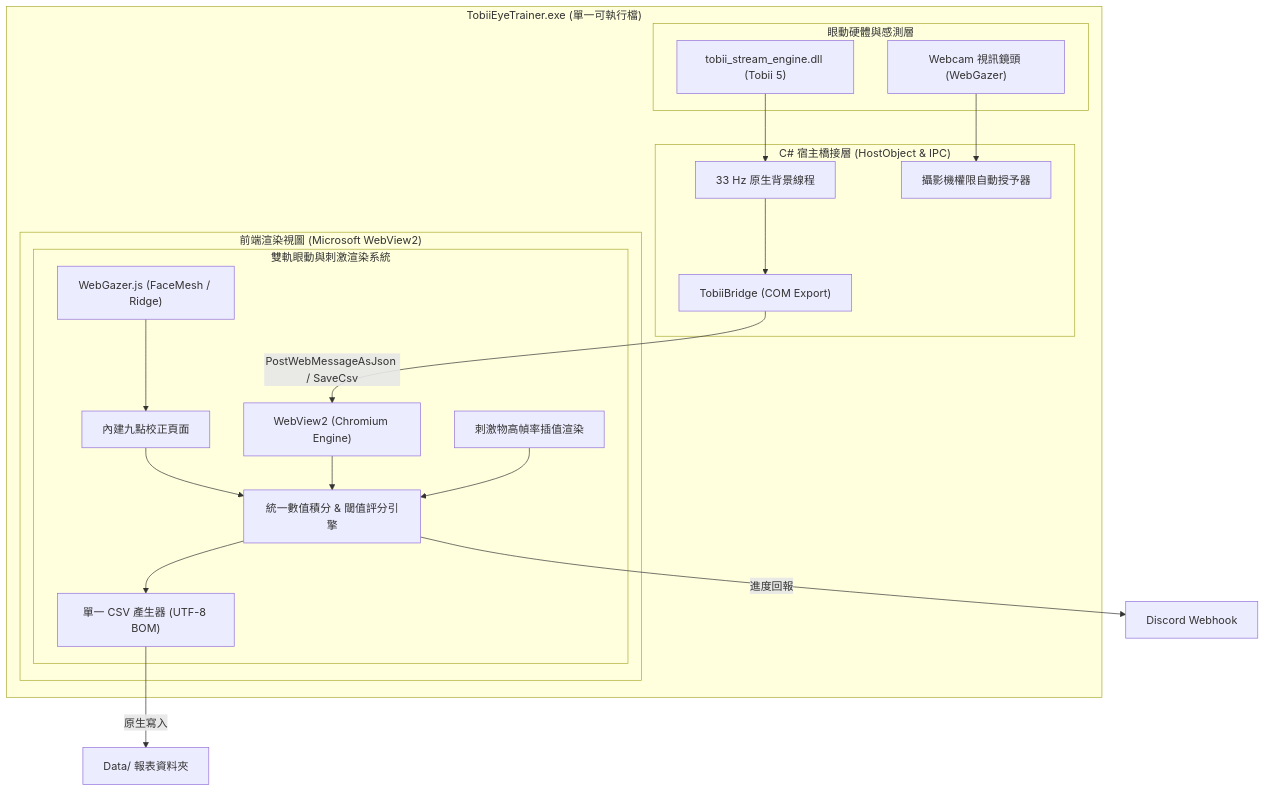
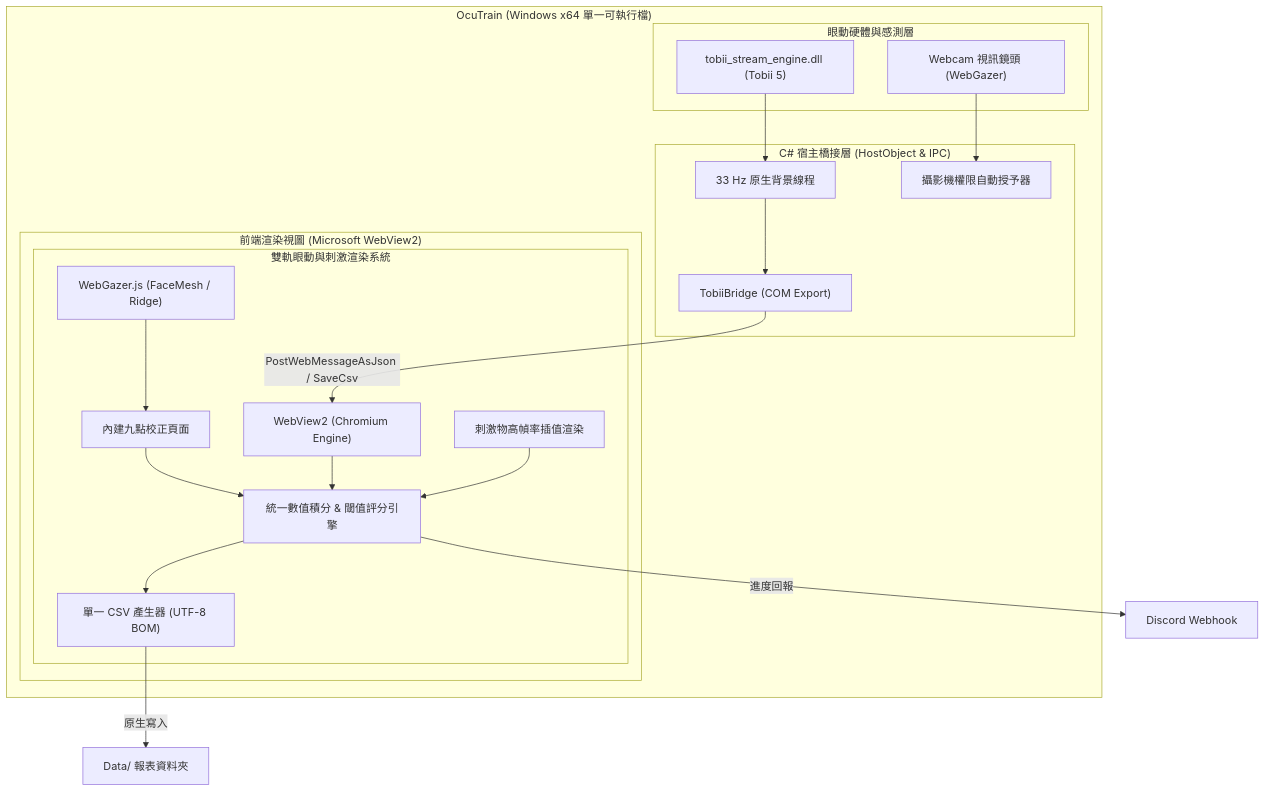
The diagram in PRD_TRD_眼動訓練系統.md (ian030590/OcuTrain), drawn with Mermaid before and after one commit. The commit also changed other lines of this file and 3 other files, not shown here.

Commit message:
build: name OcuTrain release executables

````diff
--- a/PRD_TRD_眼動訓練系統.md
+++ b/PRD_TRD_眼動訓練系統.md
@@ -220,38 +220,38 @@
 ```mermaid
 flowchart TD
-    subgraph HostApp ["TobiiEyeTrainer.exe (單一可執行檔)"]
+    subgraph HostApp ["OcuTrain (Windows x64 單一可執行檔)"]
         subgraph HardwareDrivers ["眼動硬體與感測層"]
             TobiiDLL["tobii_stream_engine.dll (Tobii 5)"]
             CameraFeed["Webcam 視訊鏡頭 (WebGazer)"]
         end
 
         subgraph BridgeLayer ["C# 宿主橋接層 (HostObject & IPC)"]
             NativeWorker["33 Hz 原生背景線程"]
             HostBridge["TobiiBridge (COM Export)"]
             PermManager["攝影機權限自動授予器"]
             
             TobiiDLL --> NativeWorker --> HostBridge
             CameraFeed --> PermManager
         end
 
         subgraph ViewLayer ["前端渲染視圖 (Microsoft WebView2)"]
             WebView["WebView2 (Chromium Engine)"]
             HostBridge -->|PostWebMessageAsJson / SaveCsv| WebView
             
             subgraph DualGazeEngine ["雙軌眼動與刺激渲染系統"]
                 WebGazerScript["WebGazer.js (FaceMesh / Ridge)"]
                 NinePointCalib["內建九點校正頁面"]
                 StimEngine["刺激物高幀率插值渲染"]
                 UnifiedScoring["統一數值積分 & 閾值評分引擎"]
                 UnifiedCSV["單一 CSV 產生器 (UTF-8 BOM)"]
                 
                 WebGazerScript --> NinePointCalib --> UnifiedScoring
                 WebView --> UnifiedScoring
                 StimEngine --> UnifiedScoring --> UnifiedCSV
             end
         end
     end
 
     UnifiedCSV -->|原生寫入| LocalCSV["Data/ 報表資料夾"]
     UnifiedScoring -->|進度回報| Webhook["Discord Webhook"]
 ```
````
